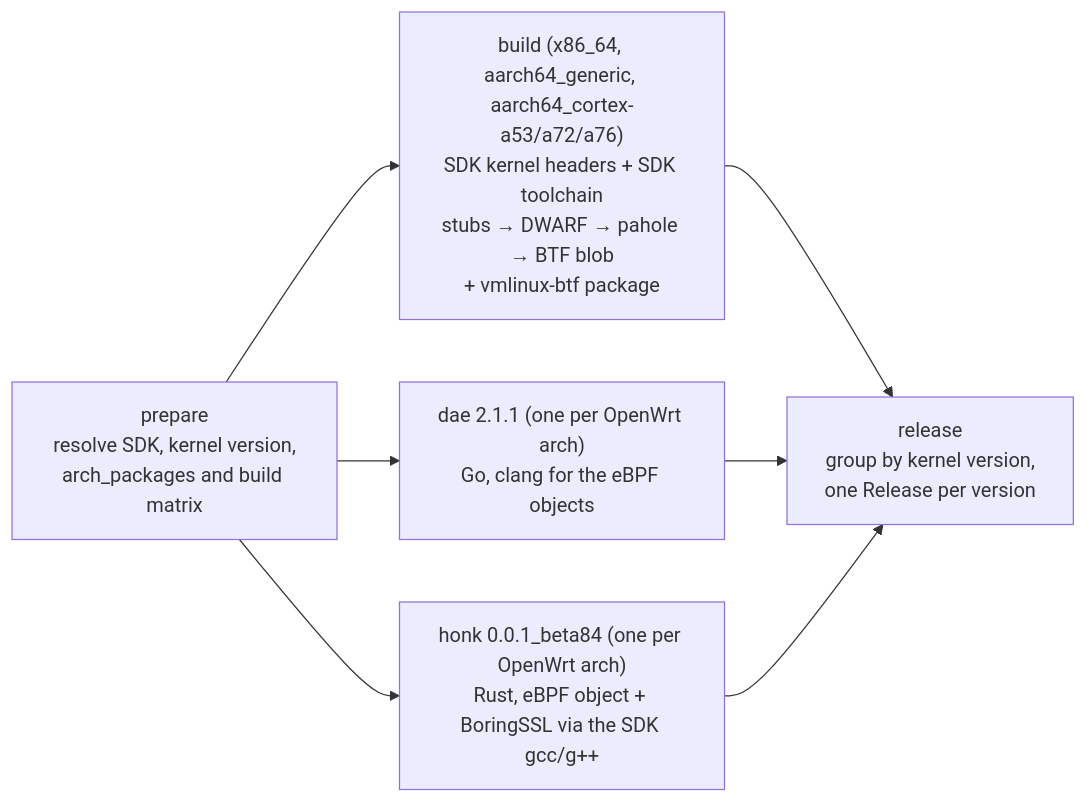
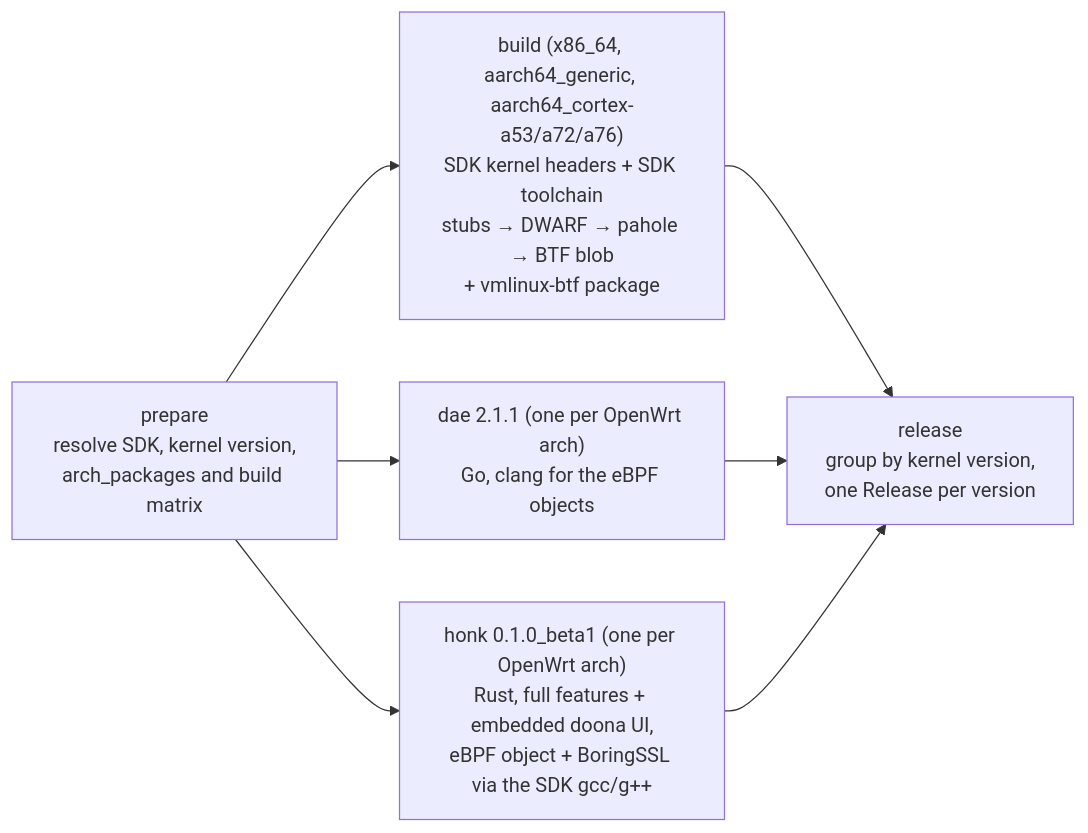
Before and after one commit to Zakkaus/openwrt-packages: the diagram in README.md, drawn with Mermaid. The commit also changed other lines of this file, not shown here.

````diff
--- a/README.md
+++ b/README.md
@@ -158,14 +291,14 @@
 ```mermaid
 flowchart LR
   P["prepare<br/>resolve SDK, kernel version,<br/>arch_packages and build matrix"]
   K["build (x86_64, aarch64_generic, aarch64_cortex-a53/a72/a76)<br/>SDK kernel headers + SDK toolchain<br/>stubs → DWARF → pahole → BTF blob<br/>+ vmlinux-btf package"]
   D["dae 2.1.1 (one per OpenWrt arch)<br/>Go, clang for the eBPF objects"]
-  H["honk 0.0.1_beta84 (one per OpenWrt arch)<br/>Rust, eBPF object + BoringSSL via the SDK gcc/g++"]
+  H["honk 0.1.0_beta1 (one per OpenWrt arch)<br/>Rust, full features + embedded doona UI,<br/>eBPF object + BoringSSL via the SDK gcc/g++"]
   R["release<br/>group by kernel version,<br/>one Release per version"]
   P --> K
   P --> D
   P --> H
   K --> R
   D --> R
   H --> R
 ```
````
